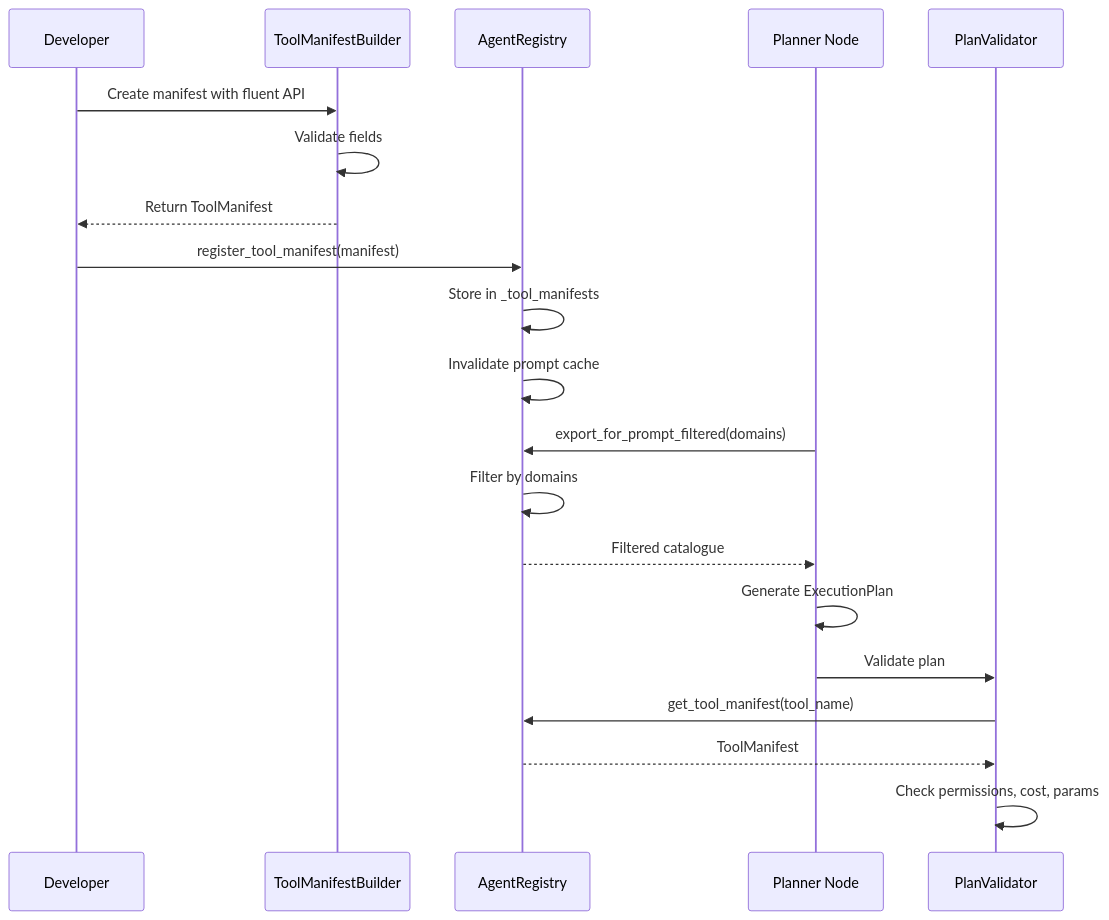
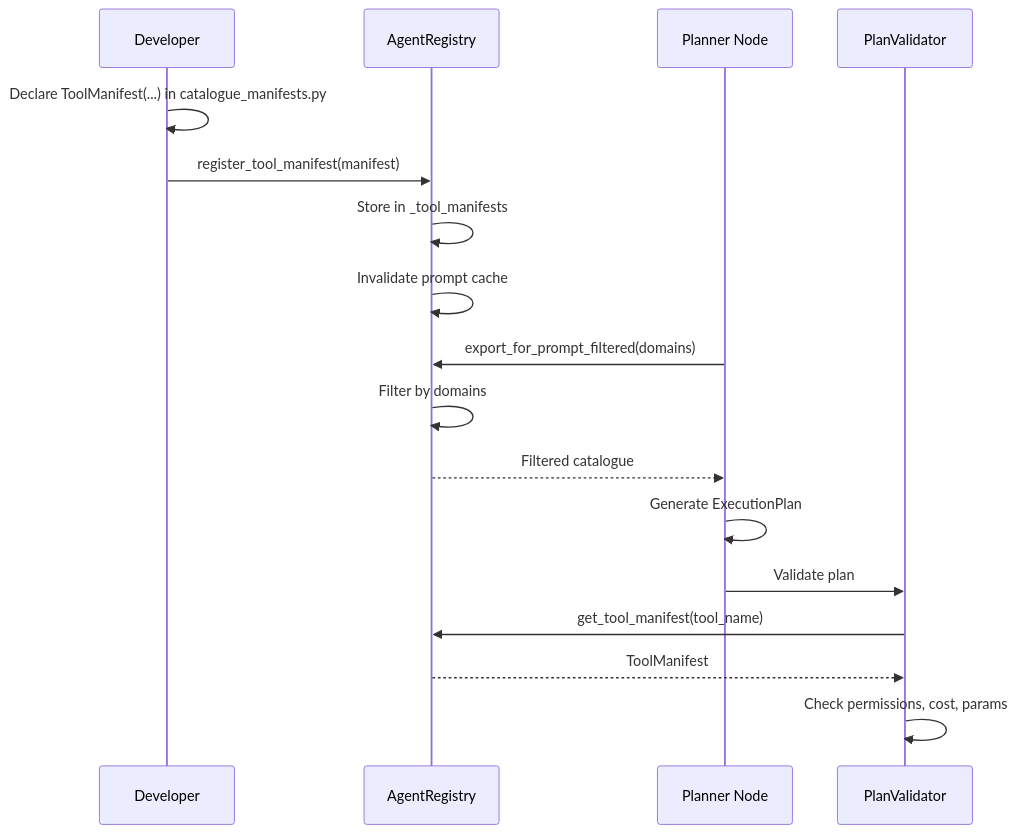
Before and after one commit to jgouviergmail/LIA-Assistant: the third of 3 diagrams in docs/technical/AGENT_MANIFEST.md, drawn with Mermaid. The commit also changed other lines of this file and 119 other files, not shown here.

````diff
--- a/docs/technical/AGENT_MANIFEST.md
+++ b/docs/technical/AGENT_MANIFEST.md
@@ -188,27 +187,24 @@
 ```mermaid
 sequenceDiagram
     participant Dev as Developer
-    participant Builder as ToolManifestBuilder
     participant Registry as AgentRegistry
     participant Planner as Planner Node
     participant Validator as PlanValidator
 
-    Dev->>Builder: Create manifest with fluent API
-    Builder->>Builder: Validate fields
-    Builder-->>Dev: Return ToolManifest
+    Dev->>Dev: Declare ToolManifest(...) in catalogue_manifests.py
 
     Dev->>Registry: register_tool_manifest(manifest)
     Registry->>Registry: Store in _tool_manifests
     Registry->>Registry: Invalidate prompt cache
 
     Planner->>Registry: export_for_prompt_filtered(domains)
     Registry->>Registry: Filter by domains
     Registry-->>Planner: Filtered catalogue
 
     Planner->>Planner: Generate ExecutionPlan
     Planner->>Validator: Validate plan
 
     Validator->>Registry: get_tool_manifest(tool_name)
     Registry-->>Validator: ToolManifest
     Validator->>Validator: Check permissions, cost, params
 ```
````
